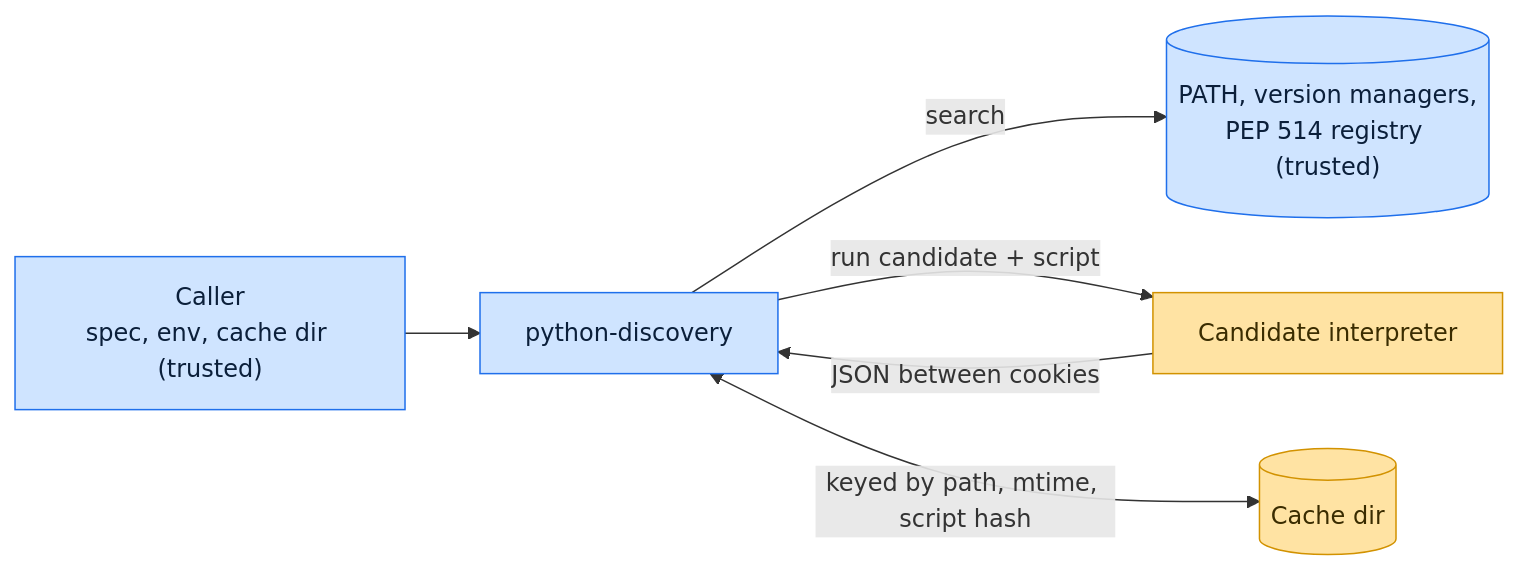
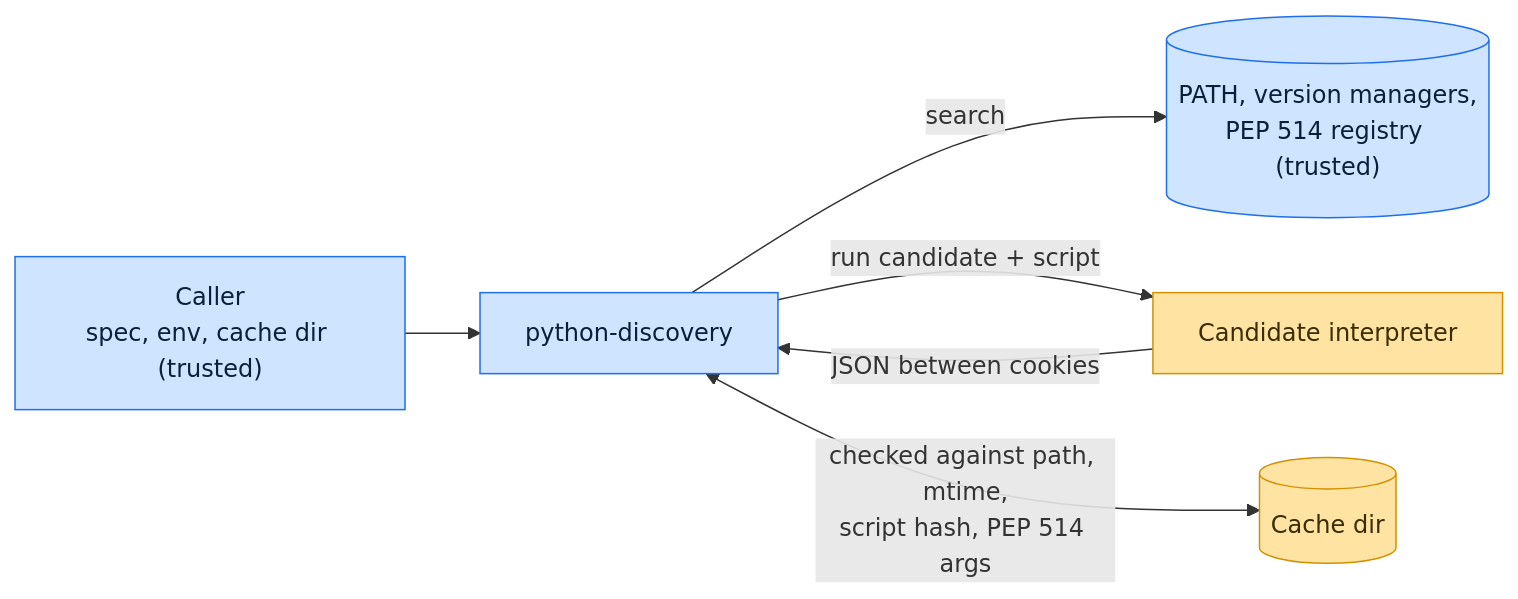
Before and after one commit to tox-dev/python-discovery: the diagram in .github/THREAT_MODEL.md, drawn with Mermaid. The commit also changed other lines of this file and 1 other file, not shown here.

Commit message:
📝 docs(security): check the threat model against the code

````diff
--- a/.github/THREAT_MODEL.md
+++ b/.github/THREAT_MODEL.md
@@ -14,12 +15,12 @@
 ```mermaid
 flowchart LR
     caller["Caller<br/>spec, env, cache dir (trusted)"] --> pd["python-discovery"]
     pd -->|search| locs[("PATH, version managers,<br/>PEP 514 registry (trusted)")]
     pd -->|"run candidate + script"| py["Candidate interpreter"]
     py -->|"JSON between cookies"| pd
-    pd <-->|"keyed by path, mtime, script hash"| cache[("Cache dir")]
+    pd <-->|"checked against path, mtime,<br/>script hash, PEP 514 args"| cache[("Cache dir")]
     classDef trusted fill:#cfe4ff,stroke:#1f6feb,color:#0b1f3a;
     classDef boundary fill:#ffe3a3,stroke:#d29200,color:#3a2c00;
     class caller,pd,locs trusted;
     class py,cache boundary;
 ```
````
